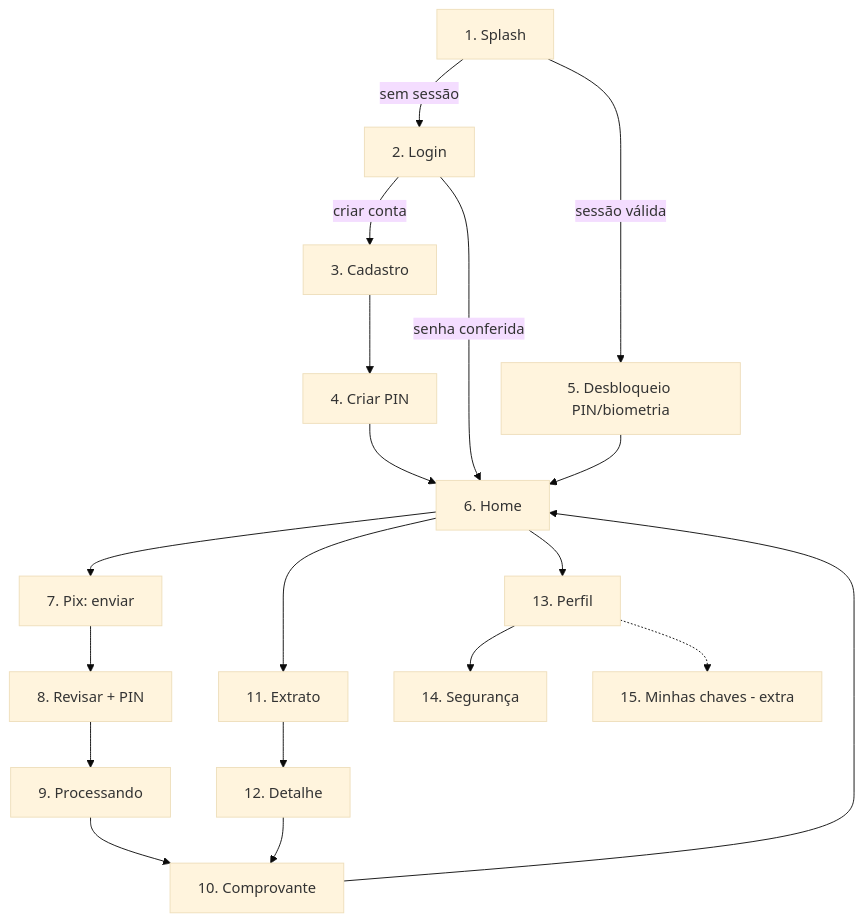
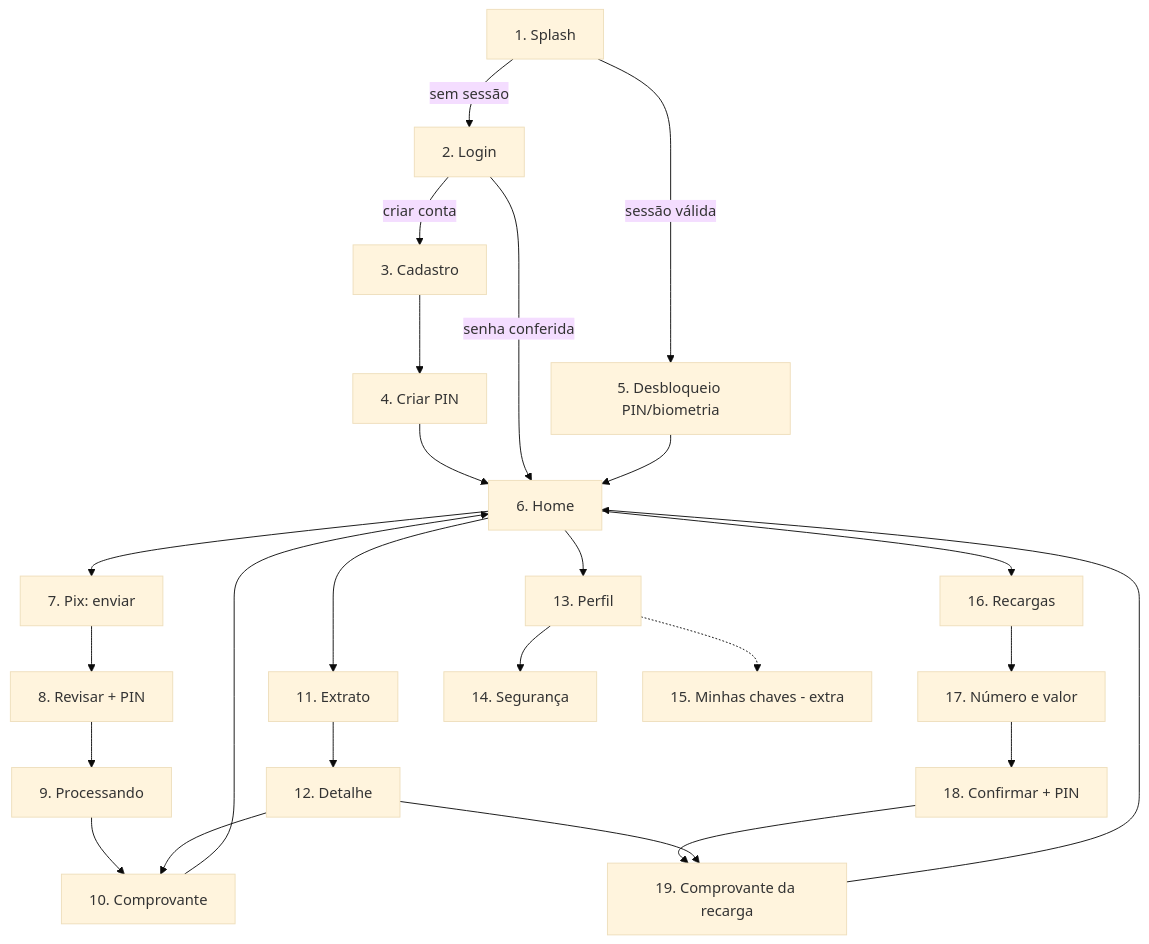
Before and after one commit to renatomf/next-bank: the third of 3 diagrams in docs/architecture/domain-model.md, drawn with Mermaid (base theme). The commit also changed other lines of this file and 3 other files, not shown here.

First line of the commit message:
docs(docs): record the top-up screens in the models and the roadmap

````diff
--- a/docs/architecture/domain-model.md
+++ b/docs/architecture/domain-model.md
@@ -314,24 +314,31 @@
 ```mermaid
 flowchart TD
     S[1. Splash] -->|sem sessão| L[2. Login]
     S -->|sessão válida| U[5. Desbloqueio PIN/biometria]
     L -->|criar conta| C[3. Cadastro]
     C --> P[4. Criar PIN]
     P --> H[6. Home]
     L -->|senha conferida| H
     U --> H
 
     H --> PX[7. Pix: enviar]
     PX --> RV[8. Revisar + PIN]
     RV --> PR[9. Processando]
     PR --> CP[10. Comprovante]
     CP --> H
 
     H --> EX[11. Extrato]
     EX --> DT[12. Detalhe]
     DT --> CP
 
+    H --> RC[16. Recargas]
+    RC --> RV2[17. Número e valor]
+    RV2 --> RP[18. Confirmar + PIN]
+    RP --> RCP[19. Comprovante da recarga]
+    RCP --> H
+    DT --> RCP
+
     H --> PF[13. Perfil]
     PF --> SG[14. Segurança]
     PF -.-> MK[15. Minhas chaves - extra]
 ```
````
